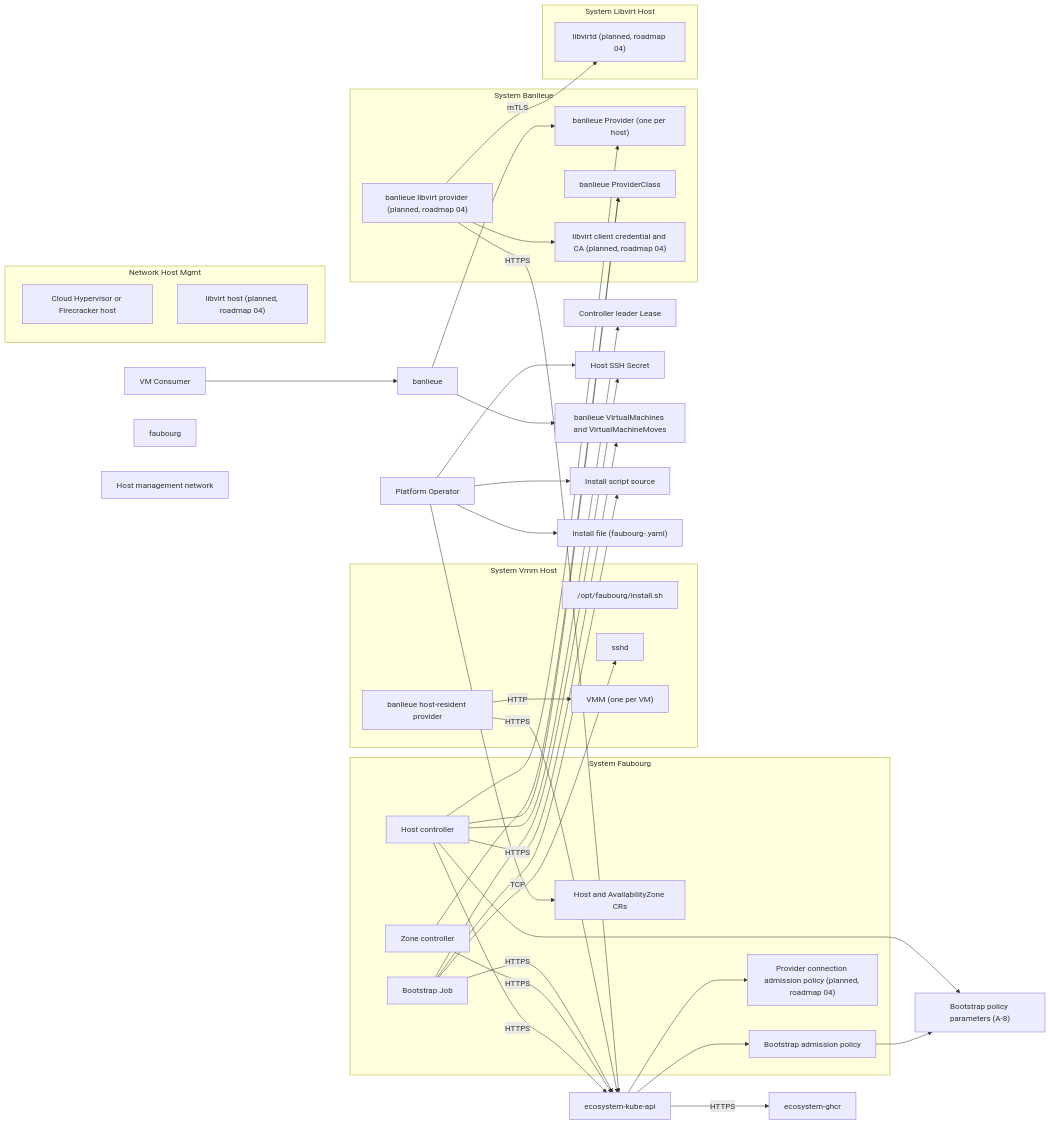
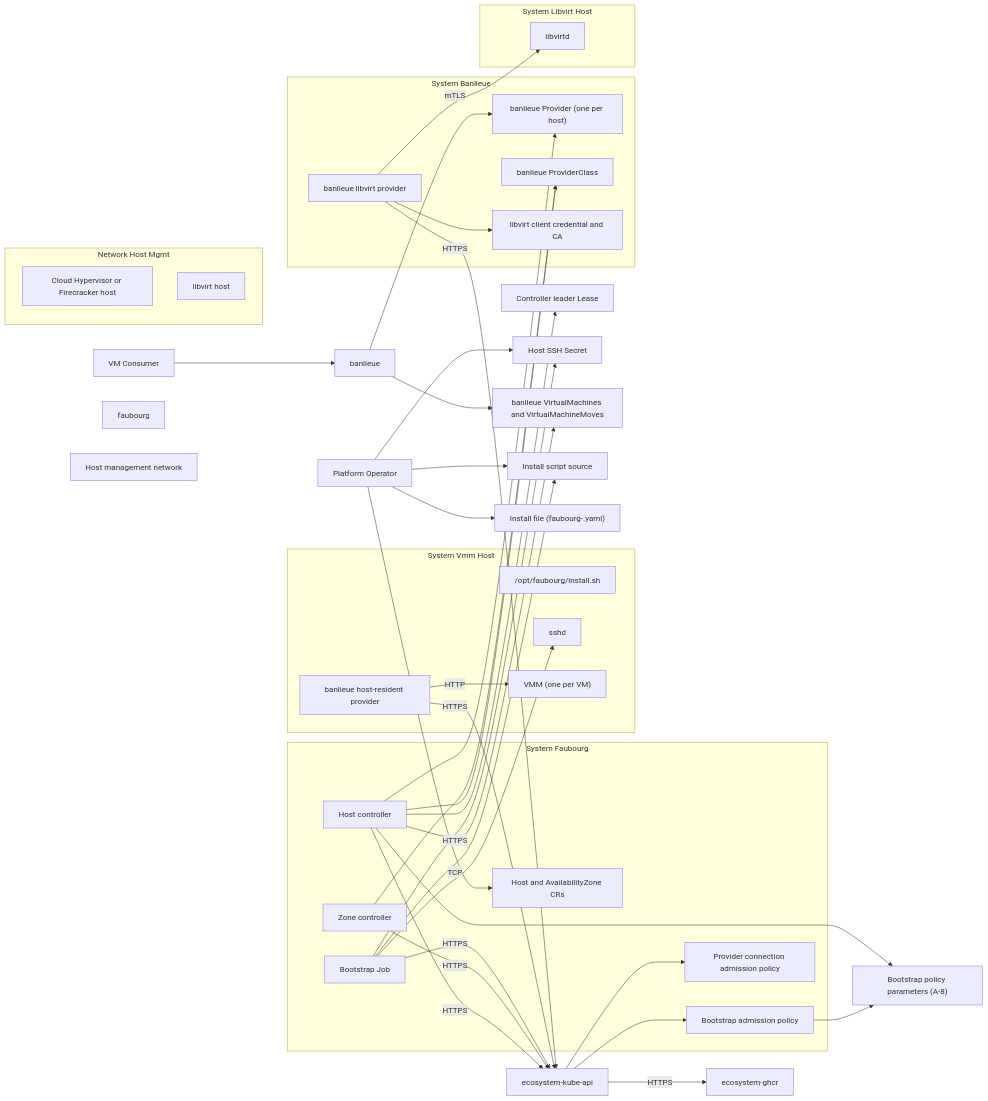
Before and after one commit to firestoned/faubourg: the diagram in docs/architecture/diagrams/system.md, drawn with Mermaid. The commit also changed 27 other files, not shown here.

First line of the commit message:
feat(controller): libvirt zones (ADR-0018, roadmap 04) (#34)

```diff
--- a/docs/architecture/diagrams/system.md
+++ b/docs/architecture/diagrams/system.md
@@ -43,11 +43,11 @@
     network-host-mgmt["Host management network"]
     data-asset-install-file["Install file (faubourg-<version>.yaml)"]
     data-asset-provider-class["banlieue ProviderClass"]
-    system-libvirt-host["libvirt host (planned, roadmap 04)"]
-    service-libvirtd["libvirtd (planned, roadmap 04)"]
-    service-banlieue-libvirt-provider["banlieue libvirt provider (planned, roadmap 04)"]
-    data-asset-libvirt-client-credential["libvirt client credential and CA (planned, roadmap 04)"]
-    service-provider-connection-policy["Provider connection admission policy (planned, roadmap 04)"]
+    system-libvirt-host["libvirt host"]
+    service-libvirtd["libvirtd"]
+    service-banlieue-libvirt-provider["banlieue libvirt provider"]
+    data-asset-libvirt-client-credential["libvirt client credential and CA"]
+    service-provider-connection-policy["Provider connection admission policy"]
     subgraph sg_system-faubourg [System Faubourg]
         service-host-controller
         service-zone-controller
```
